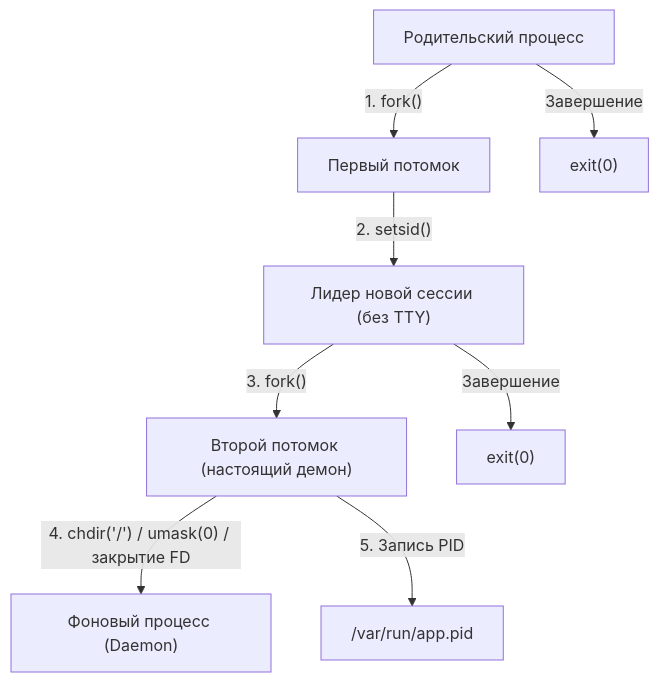
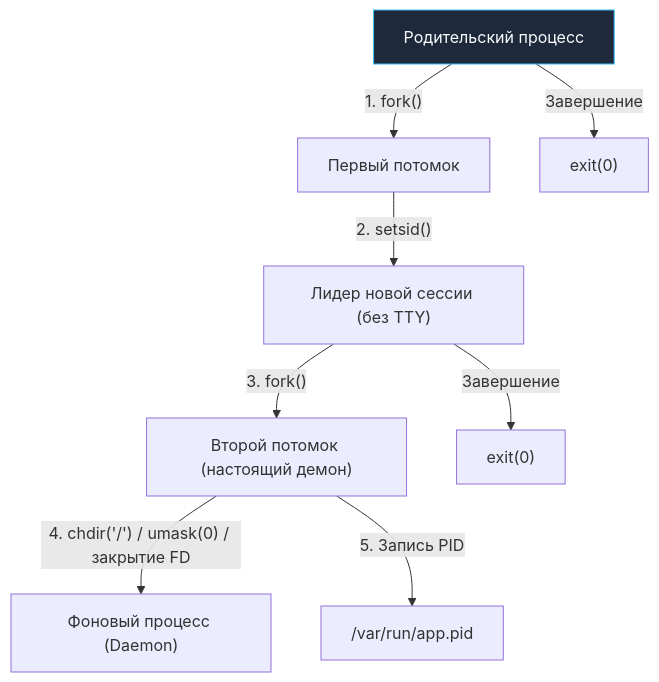
Before and after one commit to UnrealTemplier/go-textbook: the first of 2 diagrams in sources/19. Инфраструктура. Linux, nginx, Docker, Kubernetes/01. Linux/5. Systemd и управление сервисами.md, drawn with Mermaid. The commit also changed other lines of this file and 1666 other files, not shown here.

First line of the commit message:
feat(mermaid): add semantic color classDef to 1369 colorless flowchart/graph diagrams

````diff
--- a/sources/19. Инфраструктура. Linux, nginx, Docker, Kubernetes/01. Linux/5. Systemd и управление сервисами.md
+++ b/sources/19. Инфраструктура. Linux, nginx, Docker, Kubernetes/01. Linux/5. Systemd и управление сервисами.md
@@ -23,10 +23,20 @@
 ```mermaid
 flowchart TD
-    A["Родительский процесс"] -->|"1. fork()"| B["Первый потомок"]
+    classDef process  fill:#1e293b,stroke:#38bdf8,stroke-width:1px,color:#f8fafc
+    classDef success  fill:#064e3b,stroke:#34d399,stroke-width:1px,color:#f8fafc
+    classDef error    fill:#7f1d1d,stroke:#f87171,stroke-width:1px,color:#f8fafc
+    classDef warning  fill:#78350f,stroke:#fbbf24,stroke-width:1px,color:#f8fafc
+    classDef entry    fill:#1e3a5f,stroke:#38bdf8,stroke-width:2px,color:#f8fafc
+    classDef aux      fill:#334155,stroke:#64748b,stroke-width:1px,color:#f8fafc
+    classDef system   fill:#312e81,stroke:#a78bfa,stroke-width:1px,color:#f8fafc
+    classDef data     fill:#132d29,stroke:#2dd4bf,stroke-width:1px,color:#f8fafc
+    classDef network  fill:#881337,stroke:#fb7185,stroke-width:1px,color:#f8fafc
+    classDef accent   fill:#1e1b4b,stroke:#818cf8,stroke-width:1px,color:#f8fafc
+    A["Родительский процесс"]:::process -->|"1. fork()"| B["Первый потомок"]
     A -->|"Завершение"| Exit1["exit(0)"]
     B -->|"2. setsid()"| C["Лидер новой сессии (без TTY)"]
     C -->|"3. fork()"| D["Второй потомок (настоящий демон)"]
     C -->|"Завершение"| Exit2["exit(0)"]
     D -->|"4. chdir('/') / umask(0) / закрытие FD"| E["Фоновый процесс (Daemon)"]
     D -->|"5. Запись PID"| F["/var/run/app.pid"]
 ```
````
